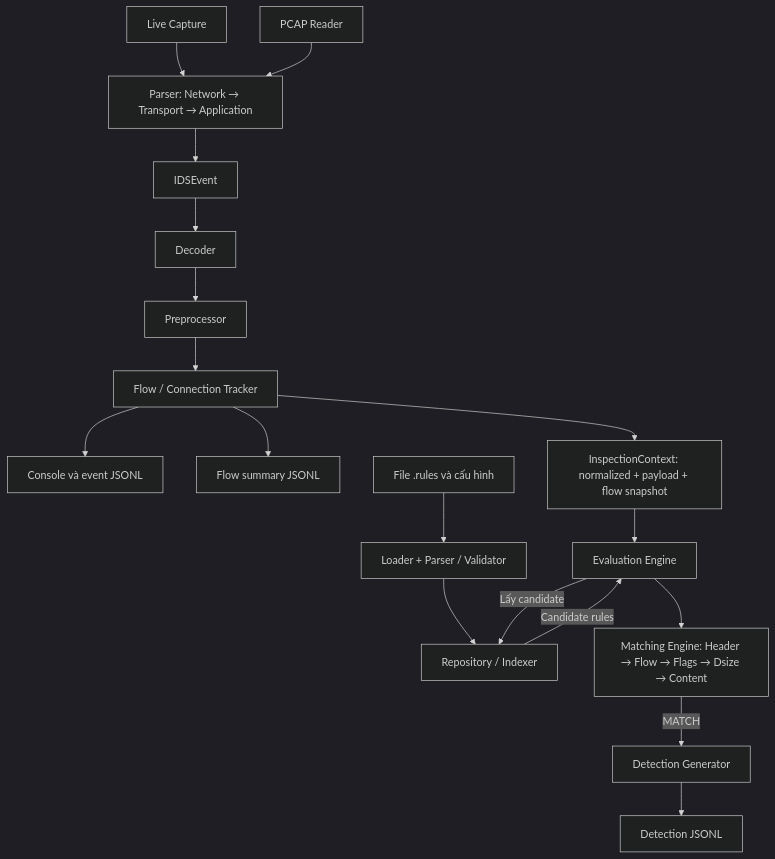
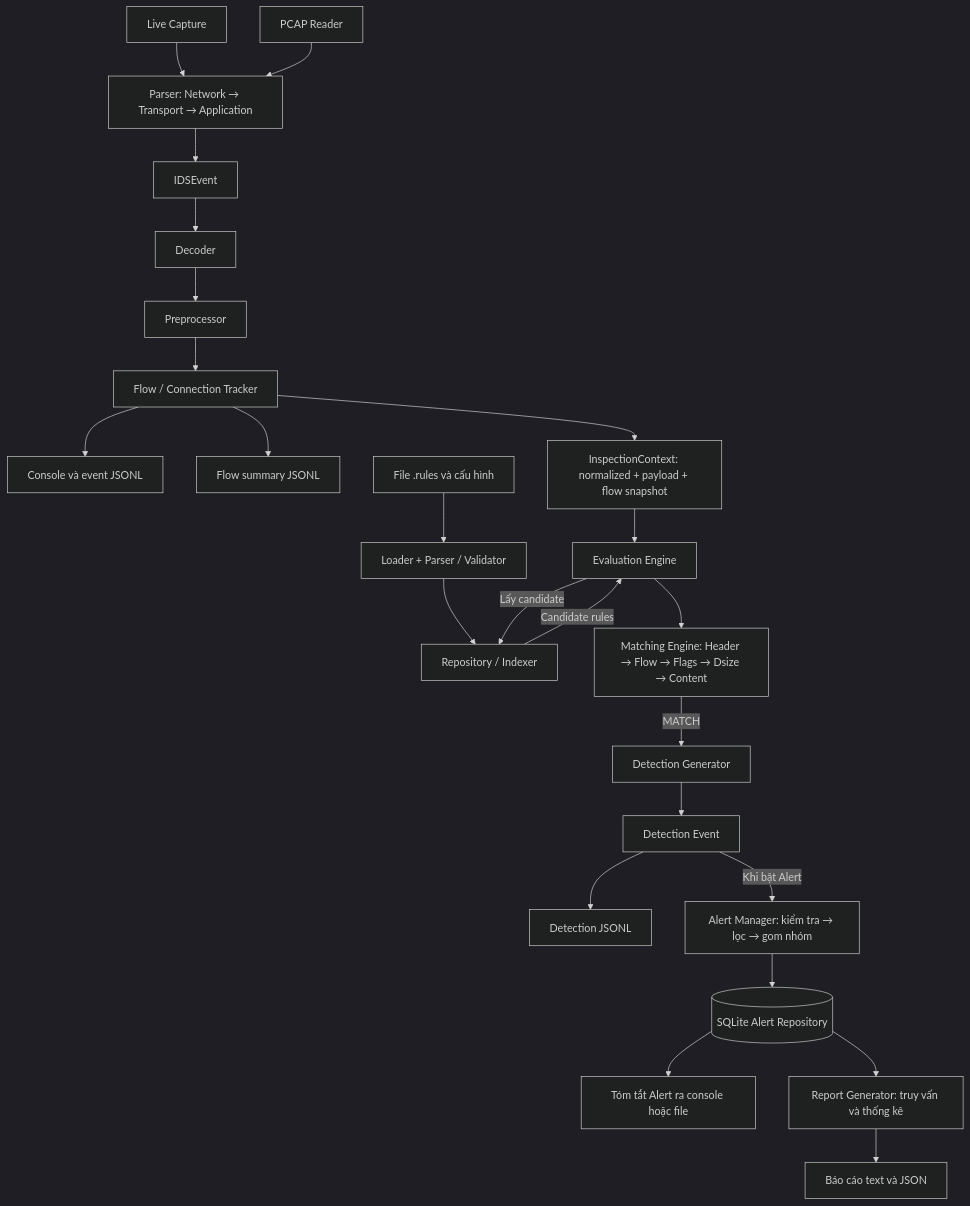
One commit to lyns184/NT204.R11.ANTN_LePhamKhanhLinh_24520959 changed the diagram in README.md. Above: the diagram before and after it, drawn with Mermaid (dark theme). The commit also changed other lines of this file, not shown here.

````diff
--- a/README.md
+++ b/README.md
@@ -32,20 +12,26 @@
 ```mermaid
 flowchart TD
     A[Live Capture] --> C[Parser: Network → Transport → Application]
     B[PCAP Reader] --> C
     C --> D[IDSEvent]
     D --> E[Decoder]
     E --> F[Preprocessor]
     F --> G[Flow / Connection Tracker]
     G --> H[Console và event JSONL]
     G --> I[Flow summary JSONL]
     G --> J[InspectionContext: normalized + payload + flow snapshot]
     R[File .rules và cấu hình] --> L[Loader + Parser / Validator]
     L --> K[Repository / Indexer]
     J --> M[Evaluation Engine]
     M -->|Lấy candidate| K
     K -->|Candidate rules| M
     M --> N[Matching Engine: Header → Flow → Flags → Dsize → Content]
     N -->|MATCH| O[Detection Generator]
-    O --> P[Detection JSONL]
+    O --> V[Detection Event]
+    V --> P[Detection JSONL]
+    V -->|Khi bật Alert| Q[Alert Manager: kiểm tra → lọc → gom nhóm]
+    Q --> S[(SQLite Alert Repository)]
+    S --> T[Tóm tắt Alert ra console hoặc file]
+    S --> U[Report Generator: truy vấn và thống kê]
+    U --> W[Báo cáo text và JSON]
 ```
````
